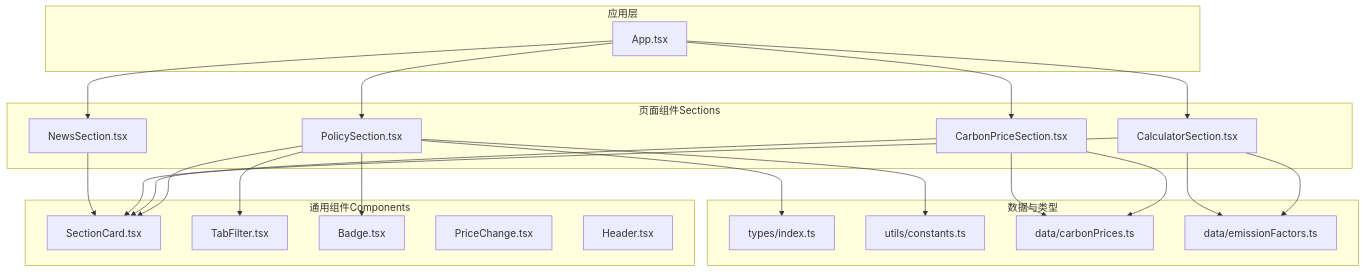
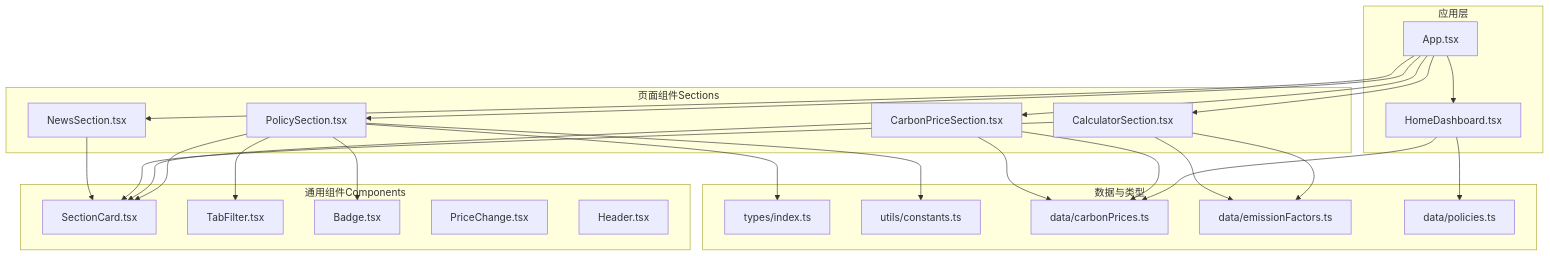
One commit to liangxuanliang-cmd/carbon-info-agent changed the first of 3 diagrams in .qoder/repowiki/zh/content/组件系统/组件系统.md. Above: the diagram before and after it, drawn with Mermaid. The commit also changed other lines of this file and 14 other files, not shown here.

````diff
--- a/.qoder/repowiki/zh/content/组件系统/组件系统.md
+++ b/.qoder/repowiki/zh/content/组件系统/组件系统.md
@@ -40,41 +49,46 @@
 ```mermaid
 graph TB
 subgraph "应用层"
 APP["App.tsx"]
+HD["HomeDashboard.tsx"]
 end
 subgraph "页面组件Sections"
 PS["PolicySection.tsx"]
 CS["CarbonPriceSection.tsx"]
 CalS["CalculatorSection.tsx"]
 NS["NewsSection.tsx"]
 end
 subgraph "通用组件Components"
 SC["SectionCard.tsx"]
 TF["TabFilter.tsx"]
 BD["Badge.tsx"]
 PC["PriceChange.tsx"]
-HD["Header.tsx"]
+HDComp["Header.tsx"]
 end
 subgraph "数据与类型"
 T["types/index.ts"]
 C["utils/constants.ts"]
 CP["data/carbonPrices.ts"]
 EF["data/emissionFactors.ts"]
+POL["data/policies.ts"]
 end
+APP --> HD
 APP --> PS
 APP --> CS
 APP --> CalS
 APP --> NS
+HD --> CP
+HD --> POL
 PS --> SC
 PS --> TF
 PS --> BD
 CS --> SC
 CS --> CP
 CalS --> SC
 CalS --> EF
 NS --> SC
 PS --> T
 PS --> C
 CS --> CP
 CalS --> EF
 ```
````
